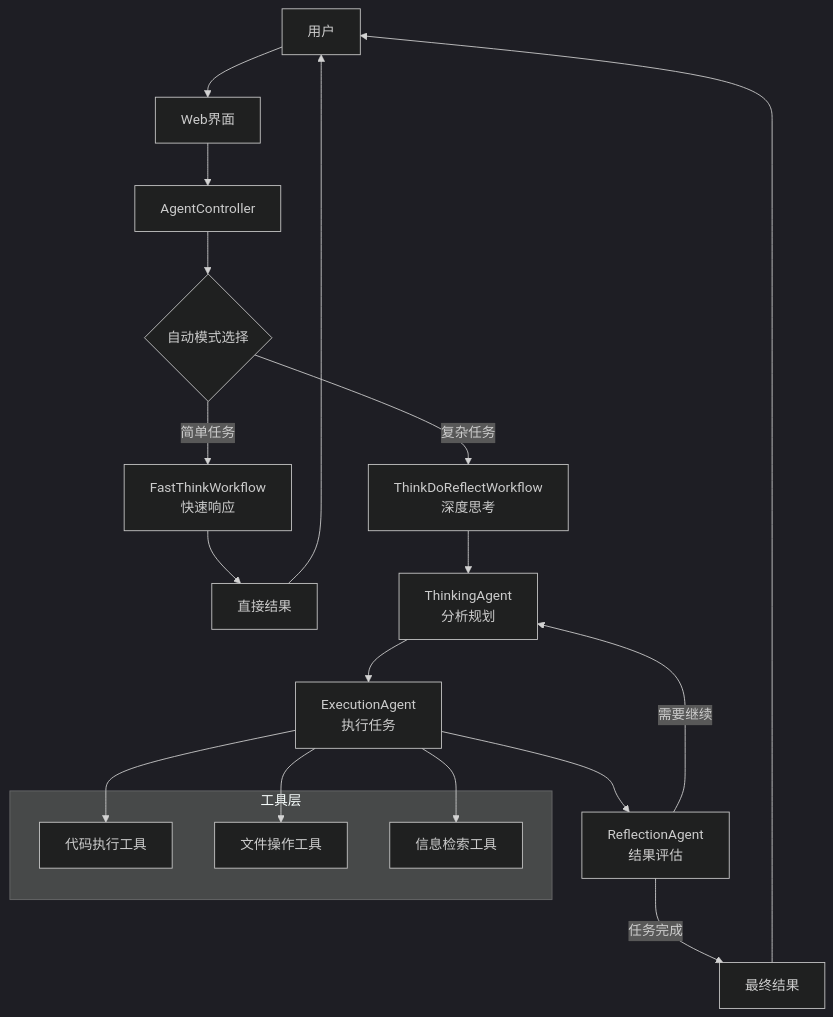
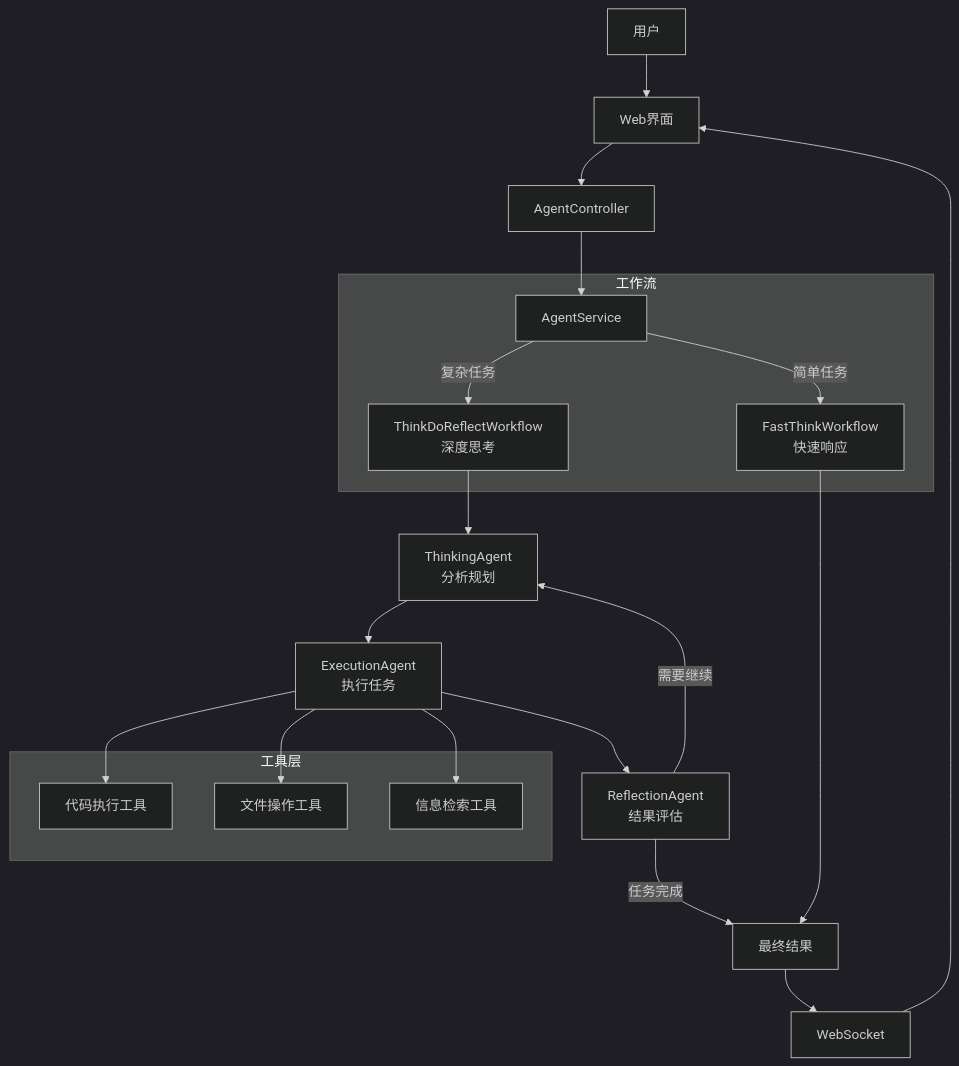
Before and after one commit to leochame/OpenManus-Java: the diagram in README_zh.md, drawn with Mermaid (dark theme). The commit also changed other lines of this file and 1 other file, not shown here.

First line of the commit message:
docs(readme): Update documentation to reflect frontend redesign and new architecture

````diff
--- a/README_zh.md
+++ b/README_zh.md
@@ -51,30 +53,31 @@
 ```mermaid
 graph TD
     User[用户] --> UI[Web界面]
     UI --> Controller[AgentController]
     
-    Controller --> AM{自动模式选择}
-    AM -->|简单任务| FW[FastThinkWorkflow<br/>快速响应]
-    AM -->|复杂任务| TDR[ThinkDoReflectWorkflow<br/>深度思考]
+    Controller --> Service[AgentService]
     
-    FW --> Result1[直接结果]
+    subgraph "工作流"
+        Service -->|复杂任务| TDR[ThinkDoReflectWorkflow<br/>深度思考]
+        Service -->|简单任务| FT[FastThinkWorkflow<br/>快速响应]
+    end
     
     TDR --> TA[ThinkingAgent<br/>分析规划]
     TA --> EA[ExecutionAgent<br/>执行任务]
     EA --> RA[ReflectionAgent<br/>结果评估]
-    RA -->|任务完成| Result2[最终结果]
+    RA -->|任务完成| FinalResult[最终结果]
     RA -->|需要继续| TA
     
     subgraph "工具层"
         CodeTool[代码执行工具]
         FileTool[文件操作工具]
         SearchTool[信息检索工具]
     end
     
     EA --> CodeTool
     EA --> FileTool
     EA --> SearchTool
     
-    Result1 --> User
-    Result2 --> User
+    FT --> FinalResult
+    FinalResult --> WebSocket --> UI
 ```
````
